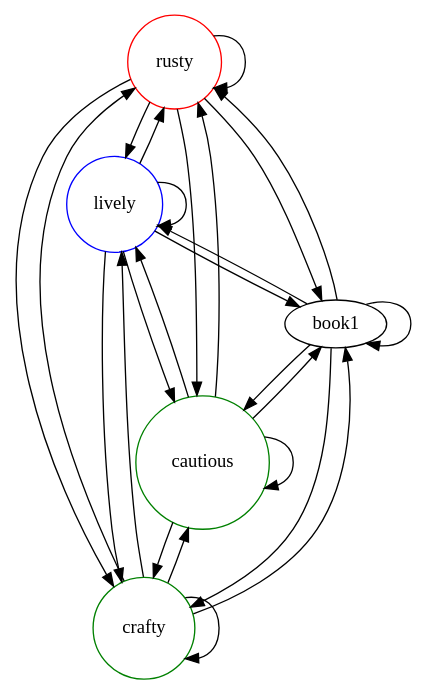
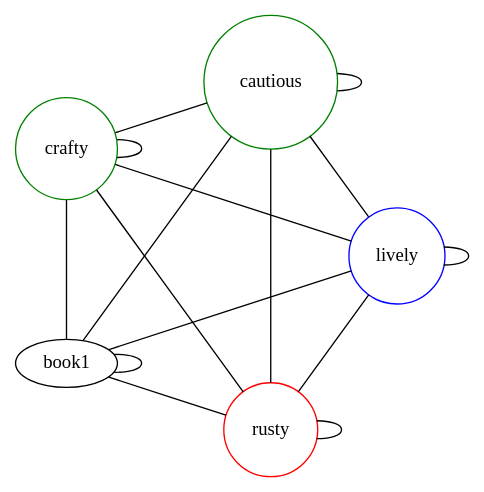
The diagram in src/logos/panchalogo.gv (mskmoorthy/PancaTantra-Graph), drawn with Graphviz before and after one commit.

Commit message:
layout circo

```diff
--- a/src/logos/panchalogo.gv
+++ b/src/logos/panchalogo.gv
@@ -1,7 +1,10 @@
-strict digraph P  {
+// see https://stackoverflow.com/questions/46317240/how-to-layout-complete-graphs-circularly-using-dot-and-graphviz
+
+strict graph P  {
+        layout=circo
         rusty [shape=circle, color=red]
         lively [color=blue, shape=circle]
         crafty [shape=circle, color=green]
         cautious [color=green, shape=circle]
-        {book1, rusty, lively, cautious, crafty}->{book1, rusty, lively, cautious, crafty}
+        {book1, rusty, lively, cautious, crafty}--{book1, rusty, lively, cautious, crafty}
 }
```
